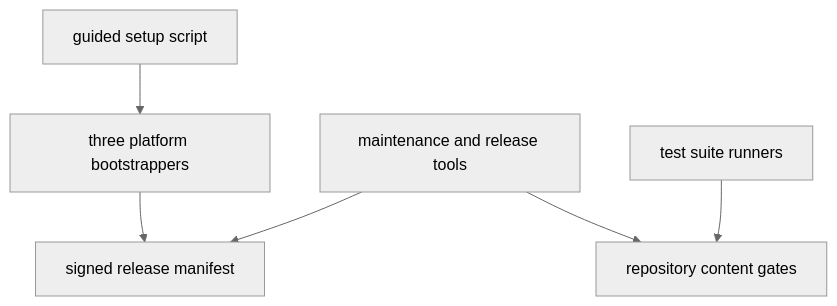
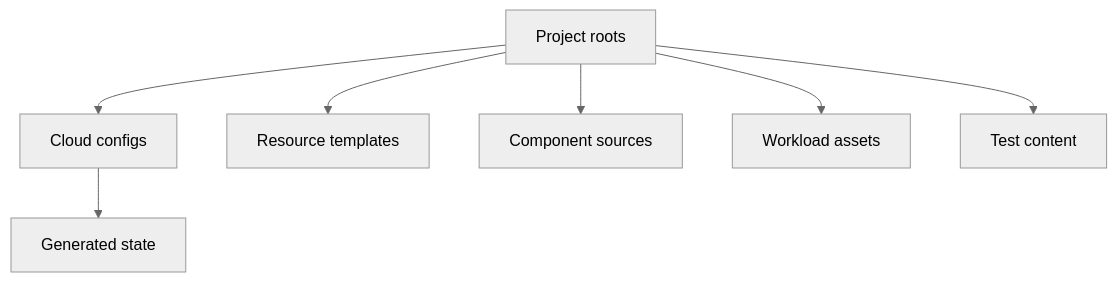
One commit to alissonsol/yuruna changed the fifth of 7 diagrams in docs/design/02-component-breakdown.md. Above: the diagram before and after it, drawn with Mermaid (neutral theme). The commit also changed other lines of this file and 657 other files, not shown here.

````diff
--- a/docs/design/02-component-breakdown.md
+++ b/docs/design/02-component-breakdown.md
@@ -469,15 +107,9 @@
 ```mermaid
 flowchart TD
-    platform-bootstrappers["three platform bootstrappers"]
-    guided-setup["guided setup script"]
-    release-manifest["signed release manifest"]
-    repo-gates["repository content gates"]
-    suite-runners["test suite runners"]
-    maintenance-tools["maintenance and release tools"]
-
-    platform-bootstrappers --> release-manifest
-    guided-setup --> platform-bootstrappers
-    maintenance-tools --> release-manifest
-    maintenance-tools --> repo-gates
-    suite-runners --> repo-gates
+  project-roots["Project roots"] --> cloud-configs["Cloud configs"]
+  project-roots --> resource-templates["Resource templates"]
+  project-roots --> component-sources["Component sources"]
+  project-roots --> workload-assets["Workload assets"]
+  project-roots --> test-content["Test content"]
+  cloud-configs --> generated-state["Generated state"]
 ```
````
